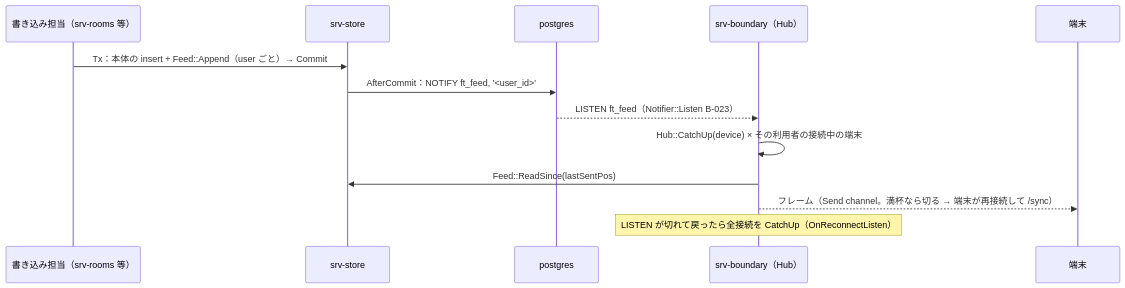
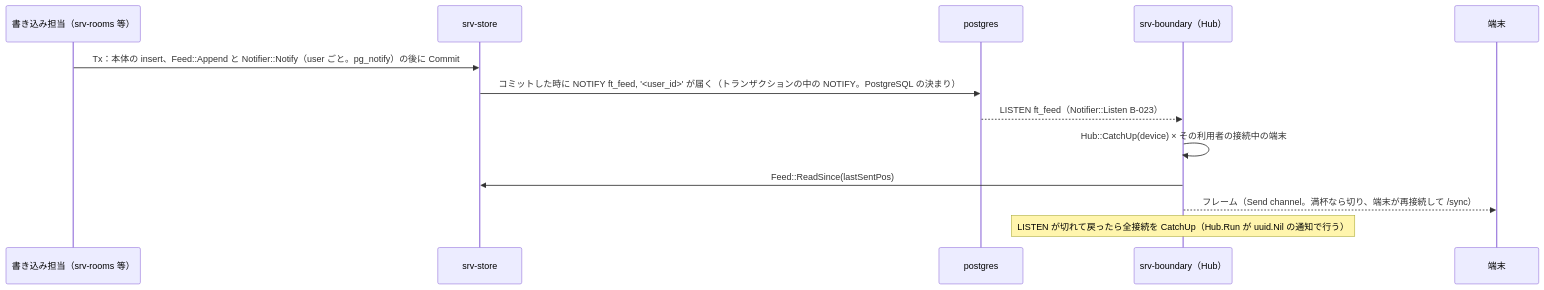
One commit to nrsd-ishikawasou/family-talk-pwa changed the second of 5 diagrams in dev/docs/jp/シーケンス/09_同期と再接続.md. Above: the diagram before and after it, drawn with Mermaid. The commit also changed other lines of this file and 290 other files, not shown here.

````diff
--- a/dev/docs/jp/シーケンス/09_同期と再接続.md
+++ b/dev/docs/jp/シーケンス/09_同期と再接続.md
@@ -48,15 +56,15 @@
 ```mermaid
 sequenceDiagram
   participant RM as 書き込み担当（srv-rooms 等）
   participant ST as srv-store
   participant PG as postgres
   participant BD as srv-boundary（Hub）
   participant WC as 端末
-  RM->>ST: Tx：本体の insert + Feed::Append（user ごと）→ Commit
-  ST->>PG: AfterCommit：NOTIFY ft_feed, '<user_id>'
+  RM->>ST: Tx：本体の insert、Feed::Append と Notifier::Notify（user ごと。pg_notify）の後に Commit
+  ST->>PG: コミットした時に NOTIFY ft_feed, '<user_id>' が届く（トランザクションの中の NOTIFY。PostgreSQL の決まり）
   PG-->>BD: LISTEN ft_feed（Notifier::Listen B-023）
   BD->>BD: Hub::CatchUp(device) × その利用者の接続中の端末
   BD->>ST: Feed::ReadSince(lastSentPos)
-  BD-->>WC: フレーム（Send channel。満杯なら切る → 端末が再接続して /sync）
-  Note over BD: LISTEN が切れて戻ったら全接続を CatchUp（OnReconnectListen）
+  BD-->>WC: フレーム（Send channel。満杯なら切り、端末が再接続して /sync）
+  Note over BD: LISTEN が切れて戻ったら全接続を CatchUp（Hub.Run が uuid.Nil の通知で行う）
 ```
````
